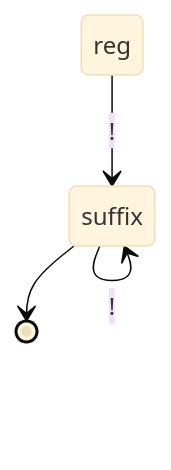
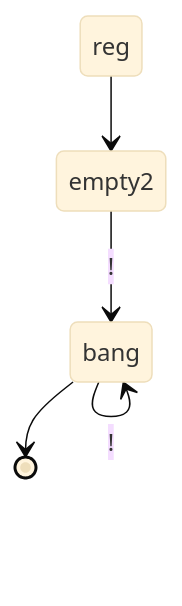
Diagram 19 of 32 in _posts/2019-09-21-recognizing-myself.md (raganwald/raganwald.github.com), drawn with Mermaid (base theme) before and after one commit. The commit also changed other lines of this file and 5 other files, not shown here.

```diff
--- a/_posts/2019-09-21-recognizing-myself.md
+++ b/_posts/2019-09-21-recognizing-myself.md
@@ -995,6 +1012,7 @@
 <div class="mermaid">
   stateDiagram
-    reg-->suffix : !
-    suffix-->suffix : !
-    suffix-->[*]
+    reg-->empty2
+    empty2-->bang : !
+    bang-->bang : !
+    bang-->[*]
 </div>
```
